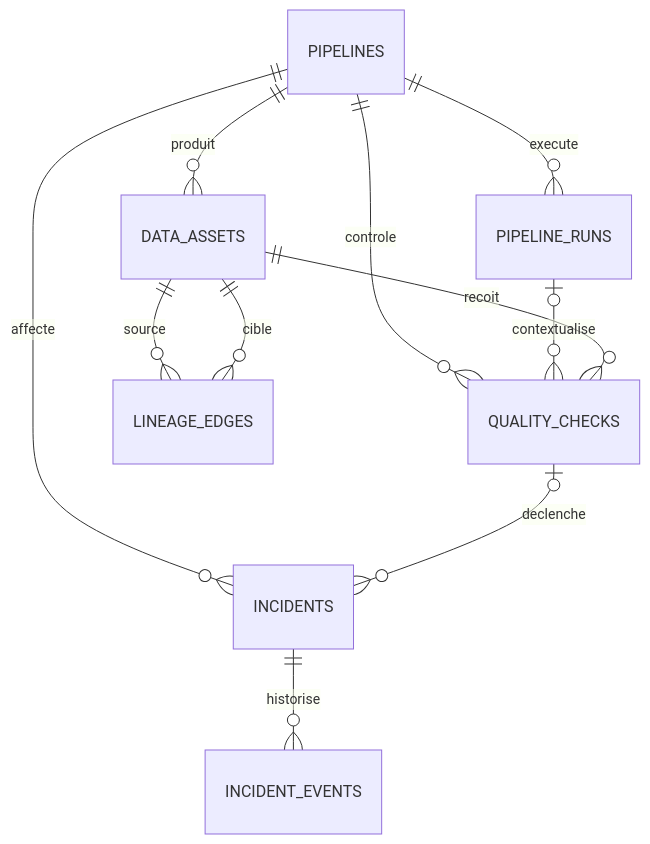
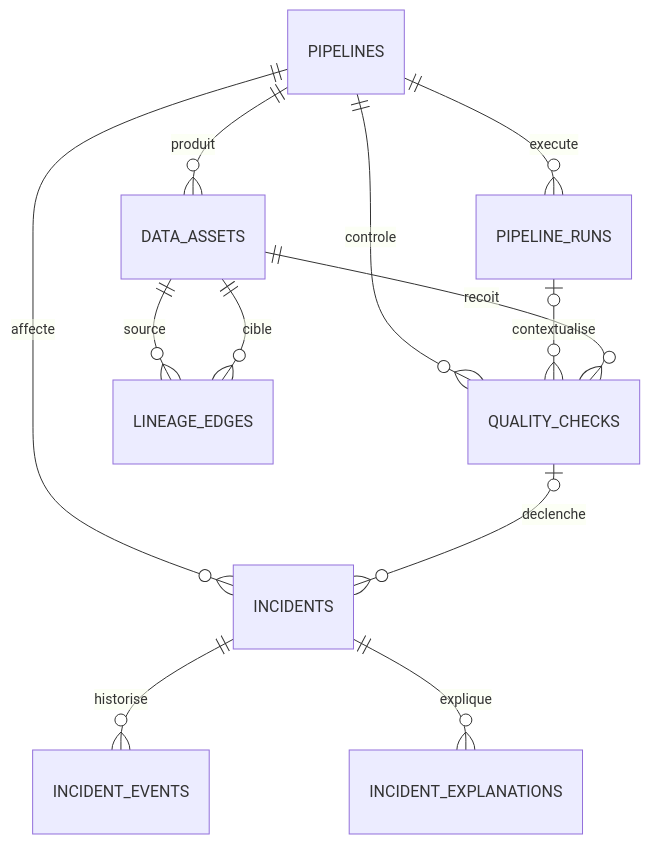
One commit to Adjanouhoun/plateforme-fiabilite-donnees-ia changed the diagram in docs/architecture/modele-commun.md. Above: the diagram before and after it, drawn with Mermaid. The commit also changed other lines of this file and 29 other files, not shown here.

````diff
--- a/docs/architecture/modele-commun.md
+++ b/docs/architecture/modele-commun.md
@@ -11,13 +11,14 @@
 ```mermaid
 erDiagram
     PIPELINES ||--o{ PIPELINE_RUNS : execute
     PIPELINES ||--o{ DATA_ASSETS : produit
     PIPELINES ||--o{ QUALITY_CHECKS : controle
     PIPELINES ||--o{ INCIDENTS : affecte
     PIPELINE_RUNS o|--o{ QUALITY_CHECKS : contextualise
     DATA_ASSETS ||--o{ QUALITY_CHECKS : recoit
     QUALITY_CHECKS o|--o{ INCIDENTS : declenche
     INCIDENTS ||--o{ INCIDENT_EVENTS : historise
+    INCIDENTS ||--o{ INCIDENT_EXPLANATIONS : explique
     DATA_ASSETS ||--o{ LINEAGE_EDGES : source
     DATA_ASSETS ||--o{ LINEAGE_EDGES : cible
 ```
````
